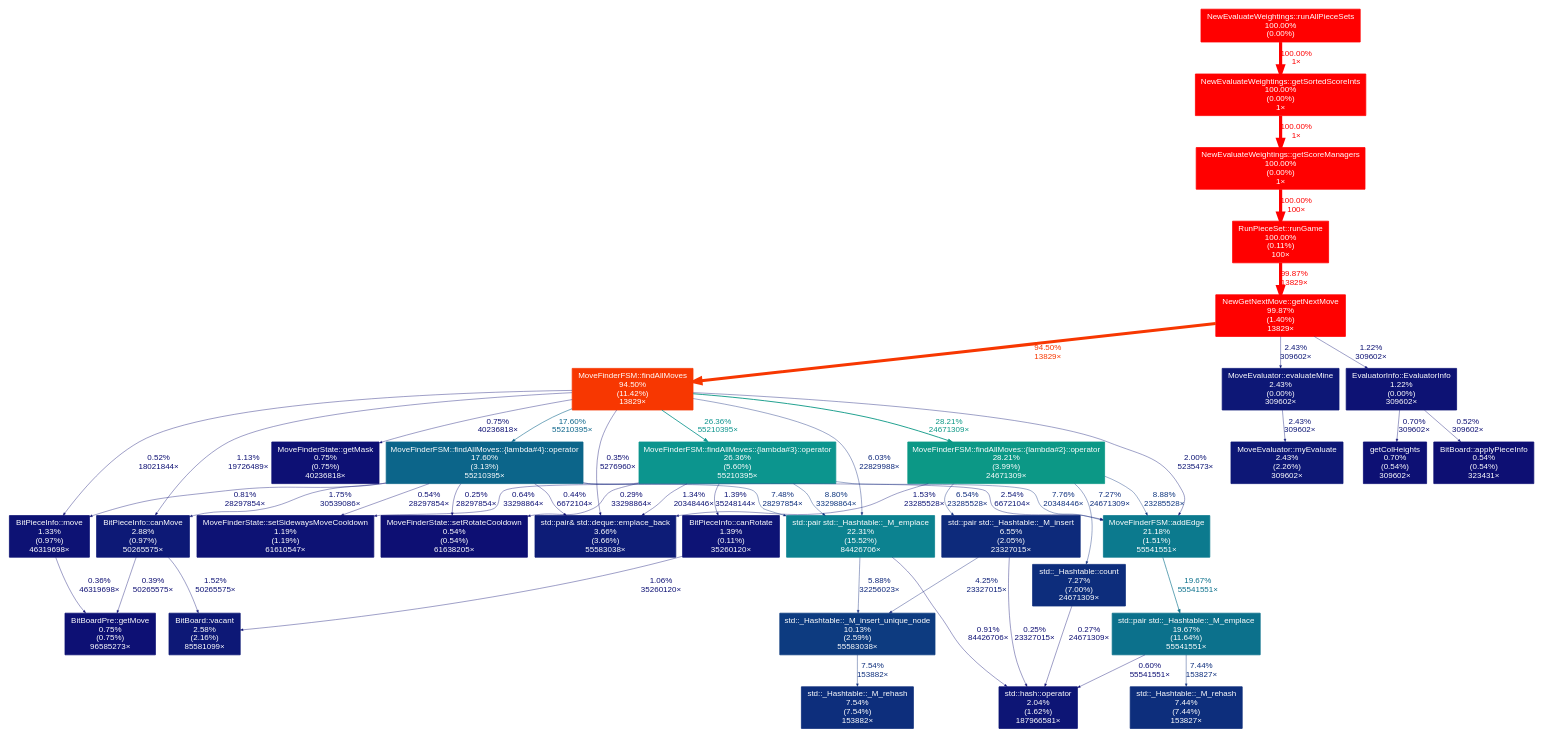
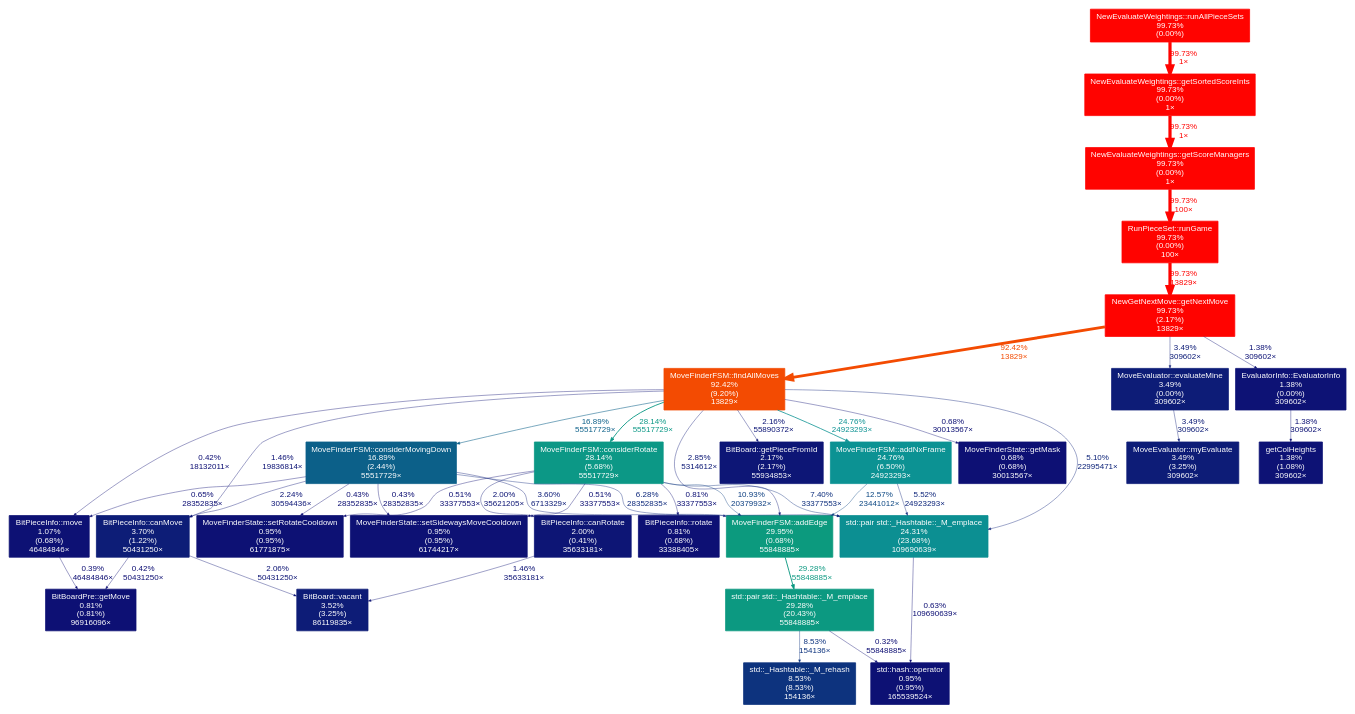
Before and after one commit to domsleee/tetrisai: the diagram in cpp/scripts/hi.dot, drawn with Graphviz. The commit also changed 3 other files, not shown here.

```diff
--- a/cpp/scripts/hi.dot
+++ b/cpp/scripts/hi.dot
@@ -2,85 +2,72 @@
 	graph [fontname=Arial, nodesep=0.125, ranksep=0.25];
 	node [fontcolor=white, fontname=Arial, height=0, shape=box, style=filled, width=0];
 	edge [fontname=Arial];
-	1 [color="#ff0000", fontcolor="#ffffff", fontsize="10.00", label="NewEvaluateWeightings::getScoreManagers\n100.00%\n(0.00%)\n1×"];
-	1 -> 4 [arrowsize="1.00", color="#ff0000", fontcolor="#ff0000", fontsize="10.00", label="100.00%\n100×", labeldistance="4.00", penwidth="4.00"];
-	2 [color="#ff0000", fontcolor="#ffffff", fontsize="10.00", label="NewEvaluateWeightings::getSortedScoreInts\n100.00%\n(0.00%)\n1×"];
-	2 -> 1 [arrowsize="1.00", color="#ff0000", fontcolor="#ff0000", fontsize="10.00", label="100.00%\n1×", labeldistance="4.00", penwidth="4.00"];
-	3 [color="#ff0000", fontcolor="#ffffff", fontsize="10.00", label="NewEvaluateWeightings::runAllPieceSets\n100.00%\n(0.00%)"];
-	3 -> 2 [arrowsize="1.00", color="#ff0000", fontcolor="#ff0000", fontsize="10.00", label="100.00%\n1×", labeldistance="4.00", penwidth="4.00"];
-	4 [color="#ff0000", fontcolor="#ffffff", fontsize="10.00", label="RunPieceSet::runGame\n100.00%\n(0.11%)\n100×"];
-	4 -> 5 [arrowsize="1.00", color="#ff0100", fontcolor="#ff0100", fontsize="10.00", label="99.87%\n13829×", labeldistance="3.99", penwidth="3.99"];
-	5 [color="#ff0100", fontcolor="#ffffff", fontsize="10.00", label="NewGetNextMove::getNextMove\n99.87%\n(1.40%)\n13829×"];
-	5 -> 6 [arrowsize="0.97", color="#f73701", fontcolor="#f73701", fontsize="10.00", label="94.50%\n13829×", labeldistance="3.78", penwidth="3.78"];
-	5 -> 22 [arrowsize="0.35", color="#0d1776", fontcolor="#0d1776", fontsize="10.00", label="2.43%\n309602×", labeldistance="0.50", penwidth="0.50"];
-	5 -> 26 [arrowsize="0.35", color="#0d1274", fontcolor="#0d1274", fontsize="10.00", label="1.22%\n309602×", labeldistance="0.50", penwidth="0.50"];
-	6 [color="#f73701", fontcolor="#ffffff", fontsize="10.00", label="MoveFinderFSM::findAllMoves\n94.50%\n(11.42%)\n13829×"];
-	6 -> 7 [arrowsize="0.53", color="#0c9886", fontcolor="#0c9886", fontsize="10.00", label="28.21%\n24671309×", labeldistance="1.13", penwidth="1.13"];
-	6 -> 8 [arrowsize="0.51", color="#0c958e", fontcolor="#0c958e", fontsize="10.00", label="26.36%\n55210395×", labeldistance="1.05", penwidth="1.05"];
-	6 -> 9 [arrowsize="0.35", color="#0d277a", fontcolor="#0d277a", fontsize="10.00", label="6.03%\n22829988×", labeldistance="0.50", penwidth="0.50"];
-	6 -> 10 [arrowsize="0.35", color="#0d1575", fontcolor="#0d1575", fontsize="10.00", label="2.00%\n5235473×", labeldistance="0.50", penwidth="0.50"];
-	6 -> 12 [arrowsize="0.42", color="#0c658a", fontcolor="#0c658a", fontsize="10.00", label="17.60%\n55210395×", labeldistance="0.70", penwidth="0.70"];
-	6 -> 18 [arrowsize="0.35", color="#0d0e73", fontcolor="#0d0e73", fontsize="10.00", label="0.35%\n5276960×", labeldistance="0.50", penwidth="0.50"];
-	6 -> 19 [arrowsize="0.35", color="#0d1174", fontcolor="#0d1174", fontsize="10.00", label="1.13%\n19726489×", labeldistance="0.50", penwidth="0.50"];
-	6 -> 25 [arrowsize="0.35", color="#0d0f73", fontcolor="#0d0f73", fontsize="10.00", label="0.52%\n18021844×", labeldistance="0.50", penwidth="0.50"];
-	6 -> 29 [arrowsize="0.35", color="#0d1074", fontcolor="#0d1074", fontsize="10.00", label="0.75%\n40236818×", labeldistance="0.50", penwidth="0.50"];
-	7 [color="#0c9886", fontcolor="#ffffff", fontsize="10.00", label="MoveFinderFSM::findAllMoves::{lambda#2}::operator\n28.21%\n(3.99%)\n24671309×"];
-	7 -> 10 [arrowsize="0.35", color="#0d357e", fontcolor="#0d357e", fontsize="10.00", label="8.88%\n23285528×", labeldistance="0.50", penwidth="0.50"];
-	7 -> 16 [arrowsize="0.35", color="#0d2d7c", fontcolor="#0d2d7c", fontsize="10.00", label="7.27%\n24671309×", labeldistance="0.50", penwidth="0.50"];
-	7 -> 17 [arrowsize="0.35", color="#0d2a7b", fontcolor="#0d2a7b", fontsize="10.00", label="6.54%\n23285528×", labeldistance="0.50", penwidth="0.50"];
-	7 -> 18 [arrowsize="0.35", color="#0d1375", fontcolor="#0d1375", fontsize="10.00", label="1.53%\n23285528×", labeldistance="0.50", penwidth="0.50"];
-	8 [color="#0c958e", fontcolor="#ffffff", fontsize="10.00", label="MoveFinderFSM::findAllMoves::{lambda#3}::operator\n26.36%\n(5.60%)\n55210395×"];
-	8 -> 9 [arrowsize="0.35", color="#0d357e", fontcolor="#0d357e", fontsize="10.00", label="8.80%\n33298864×", labeldistance="0.50", penwidth="0.50"];
-	8 -> 10 [arrowsize="0.35", color="#0d2f7d", fontcolor="#0d2f7d", fontsize="10.00", label="7.76%\n20348446×", labeldistance="0.50", penwidth="0.50"];
-	8 -> 18 [arrowsize="0.35", color="#0d1274", fontcolor="#0d1274", fontsize="10.00", label="1.34%\n20348446×", labeldistance="0.50", penwidth="0.50"];
-	8 -> 24 [arrowsize="0.35", color="#0d1375", fontcolor="#0d1375", fontsize="10.00", label="1.39%\n35248144×", labeldistance="0.50", penwidth="0.50"];
-	8 -> 27 [arrowsize="0.35", color="#0d0f74", fontcolor="#0d0f74", fontsize="10.00", label="0.64%\n33298864×", labeldistance="0.50", penwidth="0.50"];
-	8 -> 32 [arrowsize="0.35", color="#0d0e73", fontcolor="#0d0e73", fontsize="10.00", label="0.29%\n33298864×", labeldistance="0.50", penwidth="0.50"];
-	9 [color="#0c8290", fontcolor="#ffffff", fontsize="10.00", label="std::pair std::_Hashtable::_M_emplace\n22.31%\n(15.52%)\n84426706×"];
-	9 -> 13 [arrowsize="0.35", color="#0d267a", fontcolor="#0d267a", fontsize="10.00", label="5.88%\n32256023×", labeldistance="0.50", penwidth="0.50"];
-	9 -> 23 [arrowsize="0.35", color="#0d1174", fontcolor="#0d1174", fontsize="10.00", label="0.91%\n84426706×", labeldistance="0.50", penwidth="0.50"];
-	10 [color="#0c7a8e", fontcolor="#ffffff", fontsize="10.00", label="MoveFinderFSM::addEdge\n21.18%\n(1.51%)\n55541551×"];
-	10 -> 11 [arrowsize="0.44", color="#0c718c", fontcolor="#0c718c", fontsize="10.00", label="19.67%\n55541551×", labeldistance="0.79", penwidth="0.79"];
-	11 [color="#0c718c", fontcolor="#ffffff", fontsize="10.00", label="std::pair std::_Hashtable::_M_emplace\n19.67%\n(11.64%)\n55541551×"];
-	11 -> 15 [arrowsize="0.35", color="#0d2e7c", fontcolor="#0d2e7c", fontsize="10.00", label="7.44%\n153827×", labeldistance="0.50", penwidth="0.50"];
-	11 -> 23 [arrowsize="0.35", color="#0d0f74", fontcolor="#0d0f74", fontsize="10.00", label="0.60%\n55541551×", labeldistance="0.50", penwidth="0.50"];
-	12 [color="#0c658a", fontcolor="#ffffff", fontsize="10.00", label="MoveFinderFSM::findAllMoves::{lambda#4}::operator\n17.60%\n(3.13%)\n55210395×"];
-	12 -> 9 [arrowsize="0.35", color="#0d2e7c", fontcolor="#0d2e7c", fontsize="10.00", label="7.48%\n28297854×", labeldistance="0.50", penwidth="0.50"];
-	12 -> 10 [arrowsize="0.35", color="#0d1776", fontcolor="#0d1776", fontsize="10.00", label="2.54%\n6672104×", labeldistance="0.50", penwidth="0.50"];
-	12 -> 18 [arrowsize="0.35", color="#0d0f73", fontcolor="#0d0f73", fontsize="10.00", label="0.44%\n6672104×", labeldistance="0.50", penwidth="0.50"];
-	12 -> 19 [arrowsize="0.35", color="#0d1475", fontcolor="#0d1475", fontsize="10.00", label="1.75%\n30539086×", labeldistance="0.50", penwidth="0.50"];
-	12 -> 25 [arrowsize="0.35", color="#0d1074", fontcolor="#0d1074", fontsize="10.00", label="0.81%\n28297854×", labeldistance="0.50", penwidth="0.50"];
-	12 -> 27 [arrowsize="0.35", color="#0d0f73", fontcolor="#0d0f73", fontsize="10.00", label="0.54%\n28297854×", labeldistance="0.50", penwidth="0.50"];
-	12 -> 32 [arrowsize="0.35", color="#0d0e73", fontcolor="#0d0e73", fontsize="10.00", label="0.25%\n28297854×", labeldistance="0.50", penwidth="0.50"];
-	13 [color="#0d3b80", fontcolor="#ffffff", fontsize="10.00", label="std::_Hashtable::_M_insert_unique_node\n10.13%\n(2.59%)\n55583038×"];
-	13 -> 14 [arrowsize="0.35", color="#0d2e7c", fontcolor="#0d2e7c", fontsize="10.00", label="7.54%\n153882×", labeldistance="0.50", penwidth="0.50"];
-	14 [color="#0d2e7c", fontcolor="#ffffff", fontsize="10.00", label="std::_Hashtable::_M_rehash\n7.54%\n(7.54%)\n153882×"];
-	15 [color="#0d2e7c", fontcolor="#ffffff", fontsize="10.00", label="std::_Hashtable::_M_rehash\n7.44%\n(7.44%)\n153827×"];
-	16 [color="#0d2d7c", fontcolor="#ffffff", fontsize="10.00", label="std::_Hashtable::count\n7.27%\n(7.00%)\n24671309×"];
-	16 -> 23 [arrowsize="0.35", color="#0d0e73", fontcolor="#0d0e73", fontsize="10.00", label="0.27%\n24671309×", labeldistance="0.50", penwidth="0.50"];
-	17 [color="#0d2a7b", fontcolor="#ffffff", fontsize="10.00", label="std::pair std::_Hashtable::_M_insert\n6.55%\n(2.05%)\n23327015×"];
-	17 -> 13 [arrowsize="0.35", color="#0d1f78", fontcolor="#0d1f78", fontsize="10.00", label="4.25%\n23327015×", labeldistance="0.50", penwidth="0.50"];
-	17 -> 23 [arrowsize="0.35", color="#0d0e73", fontcolor="#0d0e73", fontsize="10.00", label="0.25%\n23327015×", labeldistance="0.50", penwidth="0.50"];
-	18 [color="#0d1c77", fontcolor="#ffffff", fontsize="10.00", label="std::pair& std::deque::emplace_back\n3.66%\n(3.66%)\n55583038×"];
-	19 [color="#0d1976", fontcolor="#ffffff", fontsize="10.00", label="BitPieceInfo::canMove\n2.88%\n(0.97%)\n50265575×"];
-	19 -> 20 [arrowsize="0.35", color="#0d1375", fontcolor="#0d1375", fontsize="10.00", label="1.52%\n50265575×", labeldistance="0.50", penwidth="0.50"];
-	19 -> 28 [arrowsize="0.35", color="#0d0e73", fontcolor="#0d0e73", fontsize="10.00", label="0.39%\n50265575×", labeldistance="0.50", penwidth="0.50"];
-	20 [color="#0d1876", fontcolor="#ffffff", fontsize="10.00", label="BitBoard::vacant\n2.58%\n(2.16%)\n85581099×"];
-	21 [color="#0d1776", fontcolor="#ffffff", fontsize="10.00", label="MoveEvaluator::myEvaluate\n2.43%\n(2.26%)\n309602×"];
-	22 [color="#0d1776", fontcolor="#ffffff", fontsize="10.00", label="MoveEvaluator::evaluateMine\n2.43%\n(0.00%)\n309602×"];
-	22 -> 21 [arrowsize="0.35", color="#0d1776", fontcolor="#0d1776", fontsize="10.00", label="2.43%\n309602×", labeldistance="0.50", penwidth="0.50"];
-	23 [color="#0d1575", fontcolor="#ffffff", fontsize="10.00", label="std::hash::operator\n2.04%\n(1.62%)\n187966581×"];
-	24 [color="#0d1375", fontcolor="#ffffff", fontsize="10.00", label="BitPieceInfo::canRotate\n1.39%\n(0.11%)\n35260120×"];
-	24 -> 20 [arrowsize="0.35", color="#0d1174", fontcolor="#0d1174", fontsize="10.00", label="1.06%\n35260120×", labeldistance="0.50", penwidth="0.50"];
-	25 [color="#0d1274", fontcolor="#ffffff", fontsize="10.00", label="BitPieceInfo::move\n1.33%\n(0.97%)\n46319698×"];
-	25 -> 28 [arrowsize="0.35", color="#0d0e73", fontcolor="#0d0e73", fontsize="10.00", label="0.36%\n46319698×", labeldistance="0.50", penwidth="0.50"];
-	26 [color="#0d1274", fontcolor="#ffffff", fontsize="10.00", label="EvaluatorInfo::EvaluatorInfo\n1.22%\n(0.00%)\n309602×"];
-	26 -> 30 [arrowsize="0.35", color="#0d1074", fontcolor="#0d1074", fontsize="10.00", label="0.70%\n309602×", labeldistance="0.50", penwidth="0.50"];
-	26 -> 31 [arrowsize="0.35", color="#0d0f73", fontcolor="#0d0f73", fontsize="10.00", label="0.52%\n309602×", labeldistance="0.50", penwidth="0.50"];
-	27 [color="#0d1274", fontcolor="#ffffff", fontsize="10.00", label="MoveFinderState::setSidewaysMoveCooldown\n1.19%\n(1.19%)\n61610547×"];
-	28 [color="#0d1074", fontcolor="#ffffff", fontsize="10.00", label="BitBoardPre::getMove\n0.75%\n(0.75%)\n96585273×"];
-	29 [color="#0d1074", fontcolor="#ffffff", fontsize="10.00", label="MoveFinderState::getMask\n0.75%\n(0.75%)\n40236818×"];
-	30 [color="#0d1074", fontcolor="#ffffff", fontsize="10.00", label="getColHeights\n0.70%\n(0.54%)\n309602×"];
-	31 [color="#0d0f73", fontcolor="#ffffff", fontsize="10.00", label="BitBoard::applyPieceInfo\n0.54%\n(0.54%)\n323431×"];
-	32 [color="#0d0f73", fontcolor="#ffffff", fontsize="10.00", label="MoveFinderState::setRotateCooldown\n0.54%\n(0.54%)\n61638205×"];
+	1 [color="#ff0300", fontcolor="#ffffff", fontsize="10.00", label="NewEvaluateWeightings::getScoreManagers\n99.73%\n(0.00%)\n1×"];
+	1 -> 4 [arrowsize="1.00", color="#ff0300", fontcolor="#ff0300", fontsize="10.00", label="99.73%\n100×", labeldistance="3.99", penwidth="3.99"];
+	2 [color="#ff0300", fontcolor="#ffffff", fontsize="10.00", label="NewEvaluateWeightings::getSortedScoreInts\n99.73%\n(0.00%)\n1×"];
+	2 -> 1 [arrowsize="1.00", color="#ff0300", fontcolor="#ff0300", fontsize="10.00", label="99.73%\n1×", labeldistance="3.99", penwidth="3.99"];
+	3 [color="#ff0300", fontcolor="#ffffff", fontsize="10.00", label="NewEvaluateWeightings::runAllPieceSets\n99.73%\n(0.00%)"];
+	3 -> 2 [arrowsize="1.00", color="#ff0300", fontcolor="#ff0300", fontsize="10.00", label="99.73%\n1×", labeldistance="3.99", penwidth="3.99"];
+	4 [color="#ff0300", fontcolor="#ffffff", fontsize="10.00", label="RunPieceSet::runGame\n99.73%\n(0.00%)\n100×"];
+	4 -> 5 [arrowsize="1.00", color="#ff0300", fontcolor="#ff0300", fontsize="10.00", label="99.73%\n13829×", labeldistance="3.99", penwidth="3.99"];
+	5 [color="#ff0300", fontcolor="#ffffff", fontsize="10.00", label="NewGetNextMove::getNextMove\n99.73%\n(2.17%)\n13829×"];
+	5 -> 6 [arrowsize="0.96", color="#f34b02", fontcolor="#f34b02", fontsize="10.00", label="92.42%\n13829×", labeldistance="3.70", penwidth="3.70"];
+	5 -> 16 [arrowsize="0.35", color="#0d1c77", fontcolor="#0d1c77", fontsize="10.00", label="3.49%\n309602×", labeldistance="0.50", penwidth="0.50"];
+	5 -> 20 [arrowsize="0.35", color="#0d1275", fontcolor="#0d1275", fontsize="10.00", label="1.38%\n309602×", labeldistance="0.50", penwidth="0.50"];
+	6 [color="#f34b02", fontcolor="#ffffff", fontsize="10.00", label="MoveFinderFSM::findAllMoves\n92.42%\n(9.20%)\n13829×"];
+	6 -> 7 [arrowsize="0.35", color="#0d1976", fontcolor="#0d1976", fontsize="10.00", label="2.85%\n5314612×", labeldistance="0.50", penwidth="0.50"];
+	6 -> 9 [arrowsize="0.53", color="#0c9886", fontcolor="#0c9886", fontsize="10.00", label="28.14%\n55517729×", labeldistance="1.13", penwidth="1.13"];
+	6 -> 10 [arrowsize="0.50", color="#0c9293", fontcolor="#0c9293", fontsize="10.00", label="24.76%\n24923293×", labeldistance="0.99", penwidth="0.99"];
+	6 -> 11 [arrowsize="0.35", color="#0d2379", fontcolor="#0d2379", fontsize="10.00", label="5.10%\n22995471×", labeldistance="0.50", penwidth="0.50"];
+	6 -> 12 [arrowsize="0.41", color="#0c6089", fontcolor="#0c6089", fontsize="10.00", label="16.89%\n55517729×", labeldistance="0.68", penwidth="0.68"];
+	6 -> 14 [arrowsize="0.35", color="#0d1375", fontcolor="#0d1375", fontsize="10.00", label="1.46%\n19836814×", labeldistance="0.50", penwidth="0.50"];
+	6 -> 18 [arrowsize="0.35", color="#0d1676", fontcolor="#0d1676", fontsize="10.00", label="2.16%\n55890372×", labeldistance="0.50", penwidth="0.50"];
+	6 -> 22 [arrowsize="0.35", color="#0d0e73", fontcolor="#0d0e73", fontsize="10.00", label="0.42%\n18132011×", labeldistance="0.50", penwidth="0.50"];
+	6 -> 28 [arrowsize="0.35", color="#0d1074", fontcolor="#0d1074", fontsize="10.00", label="0.68%\n30013567×", labeldistance="0.50", penwidth="0.50"];
+	7 [color="#0c9a7e", fontcolor="#ffffff", fontsize="10.00", label="MoveFinderFSM::addEdge\n29.95%\n(0.68%)\n55848885×"];
+	7 -> 8 [arrowsize="0.54", color="#0c9981", fontcolor="#0c9981", fontsize="10.00", label="29.28%\n55848885×", labeldistance="1.17", penwidth="1.17"];
+	8 [color="#0c9981", fontcolor="#ffffff", fontsize="10.00", label="std::pair std::_Hashtable::_M_emplace\n29.28%\n(20.43%)\n55848885×"];
+	8 -> 13 [arrowsize="0.35", color="#0d337e", fontcolor="#0d337e", fontsize="10.00", label="8.53%\n154136×", labeldistance="0.50", penwidth="0.50"];
+	8 -> 25 [arrowsize="0.35", color="#0d0e73", fontcolor="#0d0e73", fontsize="10.00", label="0.32%\n55848885×", labeldistance="0.50", penwidth="0.50"];
+	9 [color="#0c9886", fontcolor="#ffffff", fontsize="10.00", label="MoveFinderFSM::considerRotate\n28.14%\n(5.68%)\n55517729×"];
+	9 -> 7 [arrowsize="0.35", color="#0d3f81", fontcolor="#0d3f81", fontsize="10.00", label="10.93%\n20379932×", labeldistance="0.50", penwidth="0.50"];
+	9 -> 11 [arrowsize="0.35", color="#0d2e7c", fontcolor="#0d2e7c", fontsize="10.00", label="7.40%\n33377553×", labeldistance="0.50", penwidth="0.50"];
+	9 -> 19 [arrowsize="0.35", color="#0d1575", fontcolor="#0d1575", fontsize="10.00", label="2.00%\n35621205×", labeldistance="0.50", penwidth="0.50"];
+	9 -> 23 [arrowsize="0.35", color="#0d0f73", fontcolor="#0d0f73", fontsize="10.00", label="0.51%\n33377553×", labeldistance="0.50", penwidth="0.50"];
+	9 -> 24 [arrowsize="0.35", color="#0d0f73", fontcolor="#0d0f73", fontsize="10.00", label="0.51%\n33377553×", labeldistance="0.50", penwidth="0.50"];
+	9 -> 27 [arrowsize="0.35", color="#0d1074", fontcolor="#0d1074", fontsize="10.00", label="0.81%\n33377553×", labeldistance="0.50", penwidth="0.50"];
+	10 [color="#0c9293", fontcolor="#ffffff", fontsize="10.00", label="MoveFinderFSM::addNxFrame\n24.76%\n(6.50%)\n24923293×"];
+	10 -> 7 [arrowsize="0.35", color="#0d4883", fontcolor="#0d4883", fontsize="10.00", label="12.57%\n23441012×", labeldistance="0.50", penwidth="0.50"];
+	10 -> 11 [arrowsize="0.35", color="#0d257a", fontcolor="#0d257a", fontsize="10.00", label="5.52%\n24923293×", labeldistance="0.50", penwidth="0.50"];
+	11 [color="#0c8f92", fontcolor="#ffffff", fontsize="10.00", label="std::pair std::_Hashtable::_M_emplace\n24.31%\n(23.68%)\n109690639×"];
+	11 -> 25 [arrowsize="0.35", color="#0d0f74", fontcolor="#0d0f74", fontsize="10.00", label="0.63%\n109690639×", labeldistance="0.50", penwidth="0.50"];
+	12 [color="#0c6089", fontcolor="#ffffff", fontsize="10.00", label="MoveFinderFSM::considerMovingDown\n16.89%\n(2.44%)\n55517729×"];
+	12 -> 7 [arrowsize="0.35", color="#0d1c77", fontcolor="#0d1c77", fontsize="10.00", label="3.60%\n6713329×", labeldistance="0.50", penwidth="0.50"];
+	12 -> 11 [arrowsize="0.35", color="#0d287b", fontcolor="#0d287b", fontsize="10.00", label="6.28%\n28352835×", labeldistance="0.50", penwidth="0.50"];
+	12 -> 14 [arrowsize="0.35", color="#0d1676", fontcolor="#0d1676", fontsize="10.00", label="2.24%\n30594436×", labeldistance="0.50", penwidth="0.50"];
+	12 -> 22 [arrowsize="0.35", color="#0d0f74", fontcolor="#0d0f74", fontsize="10.00", label="0.65%\n28352835×", labeldistance="0.50", penwidth="0.50"];
+	12 -> 23 [arrowsize="0.35", color="#0d0f73", fontcolor="#0d0f73", fontsize="10.00", label="0.43%\n28352835×", labeldistance="0.50", penwidth="0.50"];
+	12 -> 24 [arrowsize="0.35", color="#0d0f73", fontcolor="#0d0f73", fontsize="10.00", label="0.43%\n28352835×", labeldistance="0.50", penwidth="0.50"];
+	13 [color="#0d337e", fontcolor="#ffffff", fontsize="10.00", label="std::_Hashtable::_M_rehash\n8.53%\n(8.53%)\n154136×"];
+	14 [color="#0d1d77", fontcolor="#ffffff", fontsize="10.00", label="BitPieceInfo::canMove\n3.70%\n(1.22%)\n50431250×"];
+	14 -> 17 [arrowsize="0.35", color="#0d1575", fontcolor="#0d1575", fontsize="10.00", label="2.06%\n50431250×", labeldistance="0.50", penwidth="0.50"];
+	14 -> 26 [arrowsize="0.35", color="#0d0e73", fontcolor="#0d0e73", fontsize="10.00", label="0.42%\n50431250×", labeldistance="0.50", penwidth="0.50"];
+	15 [color="#0d1c77", fontcolor="#ffffff", fontsize="10.00", label="MoveEvaluator::myEvaluate\n3.49%\n(3.25%)\n309602×"];
+	16 [color="#0d1c77", fontcolor="#ffffff", fontsize="10.00", label="MoveEvaluator::evaluateMine\n3.49%\n(0.00%)\n309602×"];
+	16 -> 15 [arrowsize="0.35", color="#0d1c77", fontcolor="#0d1c77", fontsize="10.00", label="3.49%\n309602×", labeldistance="0.50", penwidth="0.50"];
+	17 [color="#0d1c77", fontcolor="#ffffff", fontsize="10.00", label="BitBoard::vacant\n3.52%\n(3.25%)\n86119835×"];
+	18 [color="#0d1676", fontcolor="#ffffff", fontsize="10.00", label="BitBoard::getPieceFromId\n2.17%\n(2.17%)\n55934853×"];
+	19 [color="#0d1575", fontcolor="#ffffff", fontsize="10.00", label="BitPieceInfo::canRotate\n2.00%\n(0.41%)\n35633181×"];
+	19 -> 17 [arrowsize="0.35", color="#0d1375", fontcolor="#0d1375", fontsize="10.00", label="1.46%\n35633181×", labeldistance="0.50", penwidth="0.50"];
+	20 [color="#0d1275", fontcolor="#ffffff", fontsize="10.00", label="EvaluatorInfo::EvaluatorInfo\n1.38%\n(0.00%)\n309602×"];
+	20 -> 21 [arrowsize="0.35", color="#0d1275", fontcolor="#0d1275", fontsize="10.00", label="1.38%\n309602×", labeldistance="0.50", penwidth="0.50"];
+	21 [color="#0d1275", fontcolor="#ffffff", fontsize="10.00", label="getColHeights\n1.38%\n(1.08%)\n309602×"];
+	22 [color="#0d1174", fontcolor="#ffffff", fontsize="10.00", label="BitPieceInfo::move\n1.07%\n(0.68%)\n46484846×"];
+	22 -> 26 [arrowsize="0.35", color="#0d0e73", fontcolor="#0d0e73", fontsize="10.00", label="0.39%\n46484846×", labeldistance="0.50", penwidth="0.50"];
+	23 [color="#0d1174", fontcolor="#ffffff", fontsize="10.00", label="MoveFinderState::setSidewaysMoveCooldown\n0.95%\n(0.95%)\n61744217×"];
+	24 [color="#0d1174", fontcolor="#ffffff", fontsize="10.00", label="MoveFinderState::setRotateCooldown\n0.95%\n(0.95%)\n61771875×"];
+	25 [color="#0d1174", fontcolor="#ffffff", fontsize="10.00", label="std::hash::operator\n0.95%\n(0.95%)\n165539524×"];
+	26 [color="#0d1074", fontcolor="#ffffff", fontsize="10.00", label="BitBoardPre::getMove\n0.81%\n(0.81%)\n96916096×"];
+	27 [color="#0d1074", fontcolor="#ffffff", fontsize="10.00", label="BitPieceInfo::rotate\n0.81%\n(0.68%)\n33388405×"];
+	28 [color="#0d1074", fontcolor="#ffffff", fontsize="10.00", label="MoveFinderState::getMask\n0.68%\n(0.68%)\n30013567×"];
 }
```
